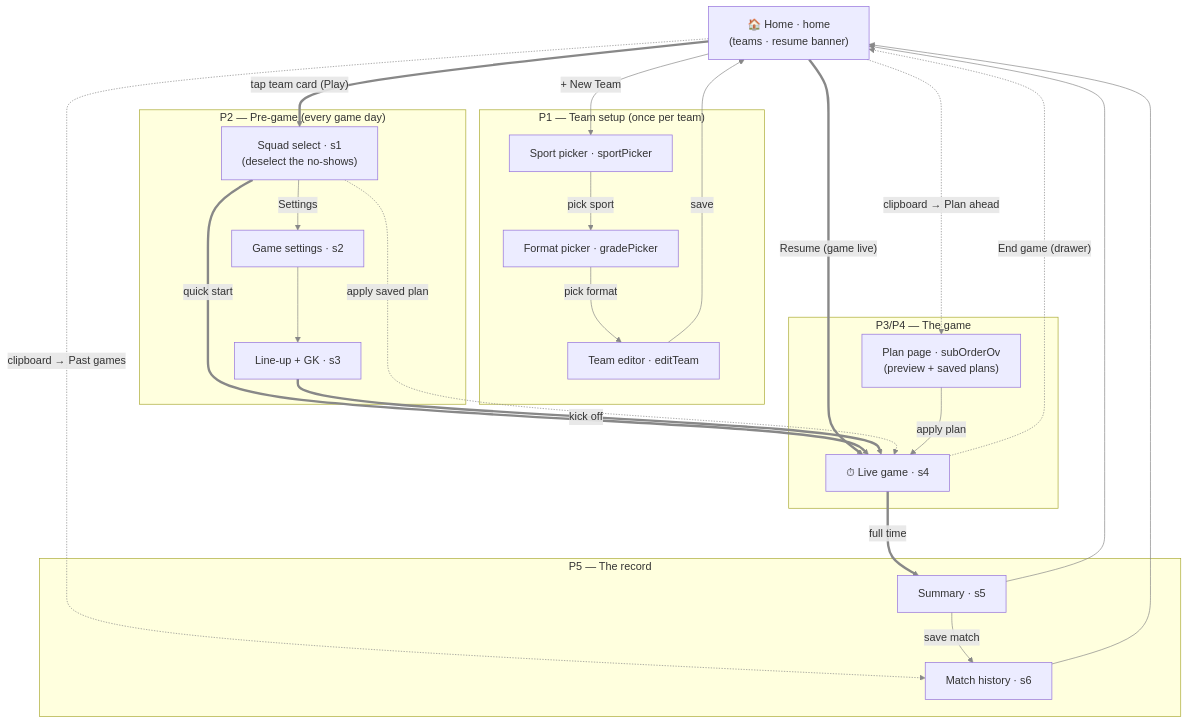
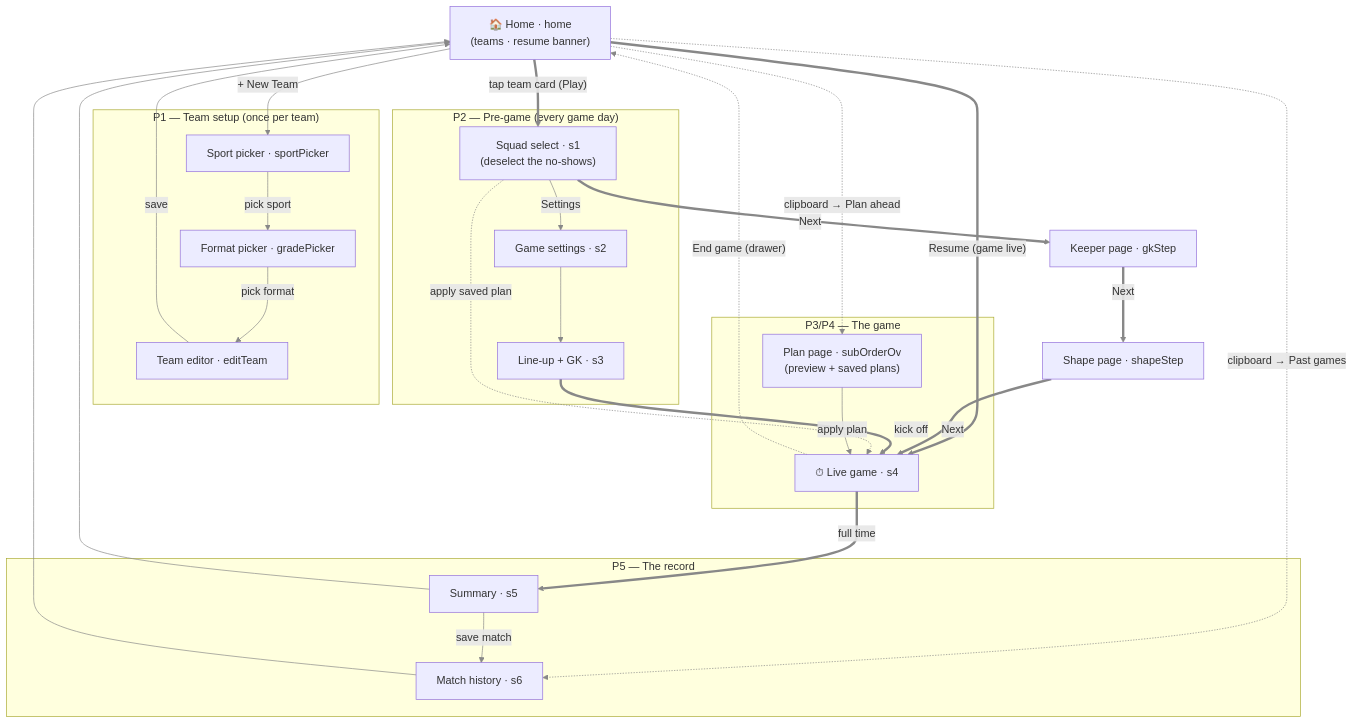
The first of 3 diagrams in docs/FLOW.md (PettetArchitects/OSKIMOO_sub-timer), drawn with Mermaid before and after one commit. The commit also changed 17 other files, not shown here.

First line of the commit message:
The setup step pages: keeper + shape before the game screen (v2.9.17-beta) (#44)

````diff
--- a/docs/FLOW.md
+++ b/docs/FLOW.md
@@ -7,53 +7,55 @@
 ```mermaid
 flowchart TD
     home["🏠 Home · home<br/>(teams · resume banner)"]
 
     subgraph setup ["P1 — Team setup (once per team)"]
         sportPicker["Sport picker · sportPicker"]
         gradePicker["Format picker · gradePicker"]
         editTeam["Team editor · editTeam"]
     end
 
     subgraph pregame ["P2 — Pre-game (every game day)"]
         s1["Squad select · s1<br/>(deselect the no-shows)"]
         s2["Game settings · s2"]
         s3["Line-up + GK · s3"]
     end
 
     subgraph game ["P3/P4 — The game"]
         s4["⏱ Live game · s4"]
         subOrderOv["Plan page · subOrderOv<br/>(preview + saved plans)"]
     end
 
     subgraph record ["P5 — The record"]
         s5["Summary · s5"]
         s6["Match history · s6"]
     end
 
     home -->|"+ New Team"| sportPicker
     sportPicker -->|"pick sport"| gradePicker
     gradePicker -->|"pick format"| editTeam
     editTeam -->|"save"| home
 
     home ==>|"tap team card (Play)"| s1
     home -.->|"clipboard → Past games"| s6
     home -.->|"clipboard → Plan ahead"| subOrderOv
     home ==>|"Resume (game live)"| s4
 
     s1 -->|"Settings"| s2
     s2 --> s3
-    s1 ==>|"quick start"| s4
+    s1 ==>|"Next"| gkStep["Keeper page · gkStep"]
+    gkStep ==>|"Next"| shapeStep["Shape page · shapeStep"]
+    shapeStep ==>|"Next"| s4
     s3 ==>|"kick off"| s4
     s1 -.->|"apply saved plan"| s4
 
     subOrderOv -->|"apply plan"| s4
 
     s4 ==>|"full time"| s5
     s5 -->|"save match"| s6
     s5 --> home
     s6 --> home
 
     s4 -.->|"End game (drawer)"| home
 
     linkStyle default stroke:#888
 ```
````
